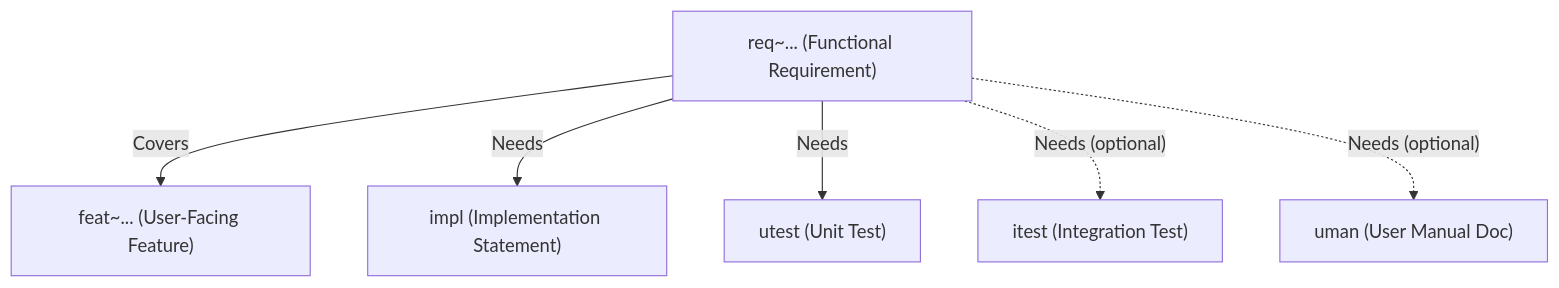
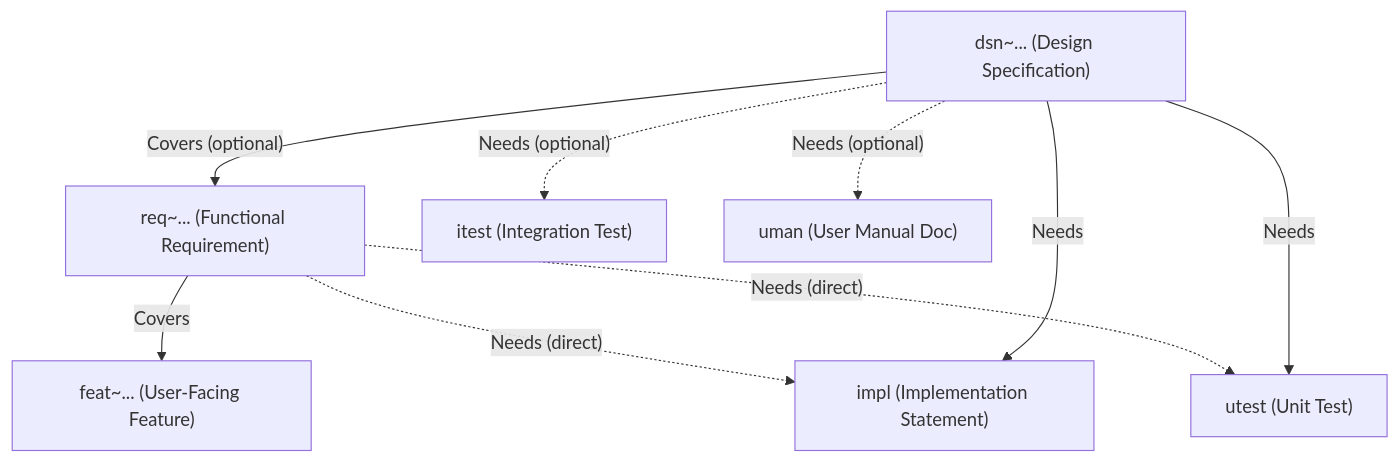
The diagram in skills/docs-requirements/references/style-and-hierarchy.md (InAnYan/ai-instructions), drawn with Mermaid before and after one commit. The commit also changed other lines of this file and 3 other files, not shown here.

Commit message:
Add dsn (design specification) to docs-requirements skill with hierarchy, heading nesting, and forwarding rules

````diff
--- a/skills/docs-requirements/references/style-and-hierarchy.md
+++ b/skills/docs-requirements/references/style-and-hierarchy.md
@@ -11,15 +11,20 @@
 ```mermaid
 flowchart TD
     Feat["feat~... (User-Facing Feature)"]
     Req["req~... (Functional Requirement)"]
+    Dsn["dsn~... (Design Specification)"]
     Impl["impl (Implementation Statement)"]
     Utest["utest (Unit Test)"]
     Itest["itest (Integration Test)"]
     Uman["uman (User Manual Doc)"]
 
     Req -->|"Covers"| Feat
-    Req -->|"Needs"| Impl
-    Req -->|"Needs"| Utest
-    Req -.->|"Needs (optional)"| Itest
-    Req -.->|"Needs (optional)"| Uman
+    Dsn -->|"Covers (optional)"| Req
+    
+    Req -.->|"Needs (direct)"| Impl
+    Req -.->|"Needs (direct)"| Utest
+    Dsn -->|"Needs"| Impl
+    Dsn -->|"Needs"| Utest
+    Dsn -.->|"Needs (optional)"| Itest
+    Dsn -.->|"Needs (optional)"| Uman
 ```
````
